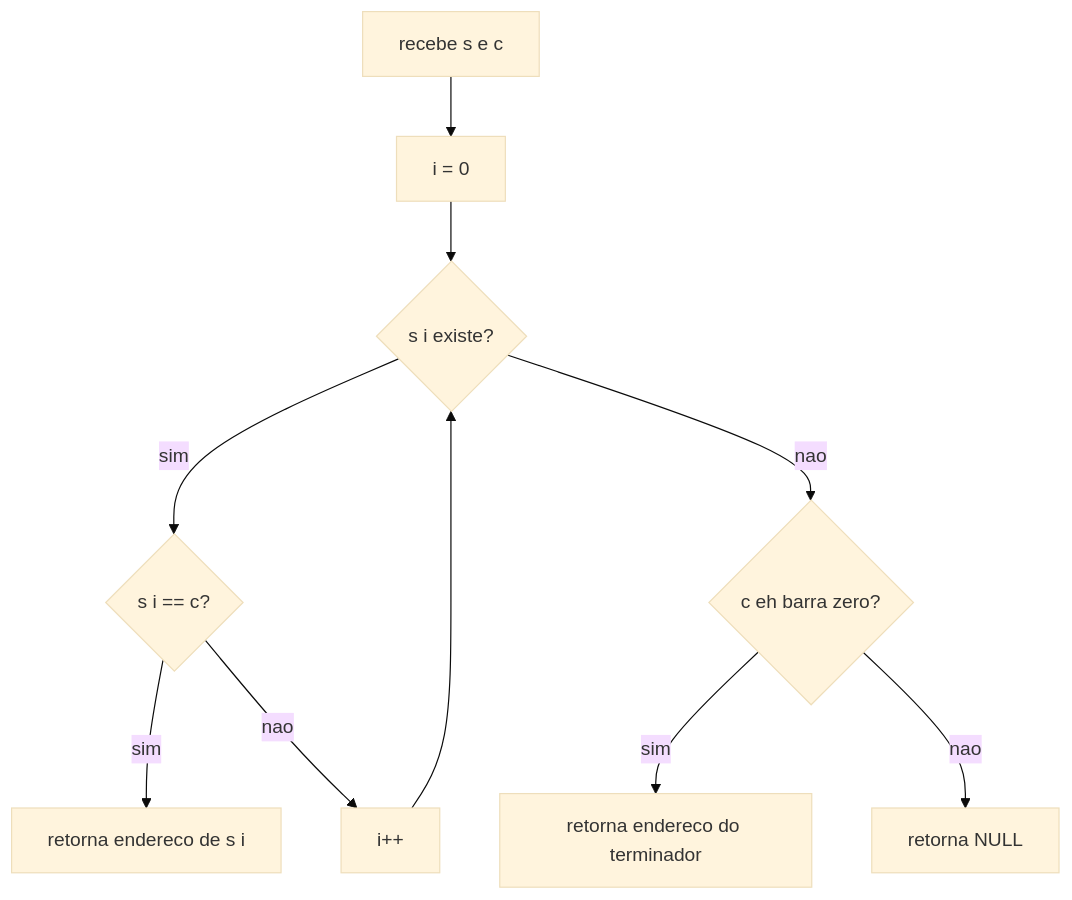
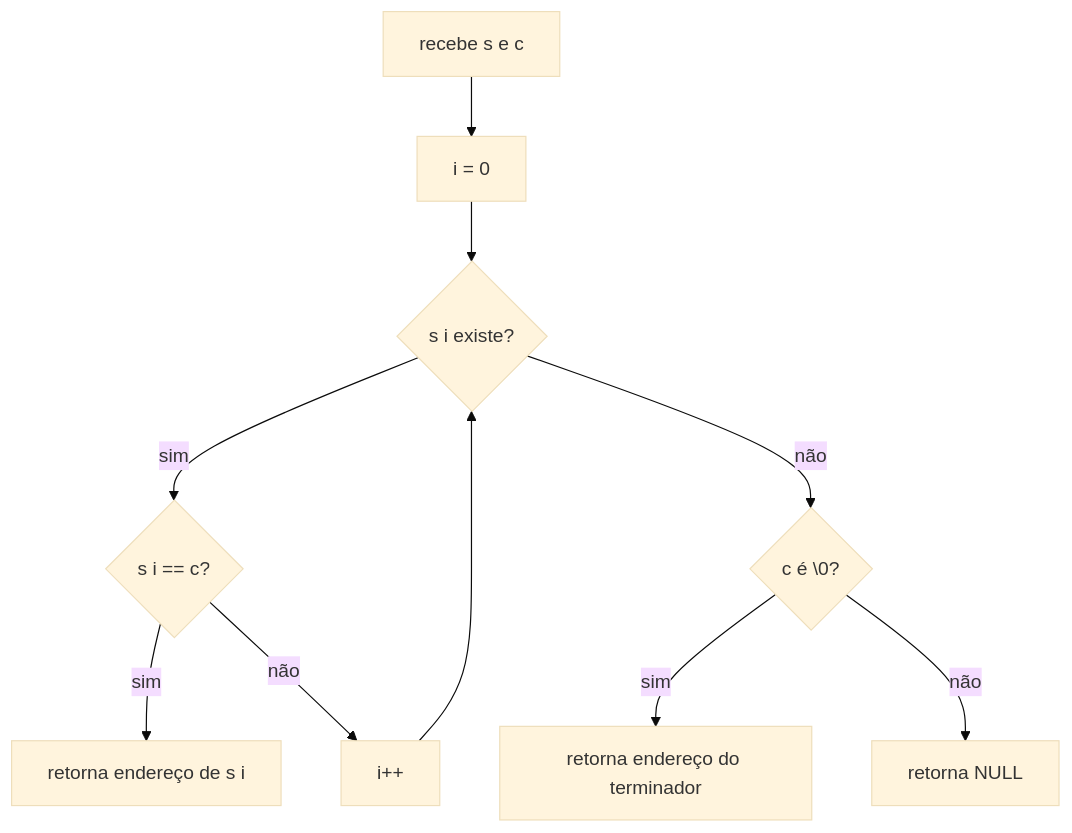
Before and after one commit to ahy-git/docs: diagram 15 of 43 in 1-libft/Readme.md, drawn with Mermaid (base theme). The commit also changed other lines of this file and 1 other file, not shown here.

````diff
--- a/1-libft/Readme.md
+++ b/1-libft/Readme.md
@@ -1405,12 +1337,12 @@
 ```mermaid
 flowchart TD
-	A[recebe s e c] --> B[i = 0]
-	B --> C{s i existe?}
-	C -- sim --> D{s i == c?}
-	D -- sim --> E[retorna endereco de s i]
-	D -- nao --> F[i++]
+	A["recebe s e c"] --> B["i = 0"]
+	B --> C{"s i existe?"}
+	C -- sim --> D{"s i == c?"}
+	D -- sim --> E["retorna endereço de s i"]
+	D -- não --> F["i++"]
 	F --> C
-	C -- nao --> G{c eh barra zero?}
-	G -- sim --> H[retorna endereco do terminador]
-	G -- nao --> I[retorna NULL]
+	C -- não --> G{"c é \0?"}
+	G -- sim --> H["retorna endereço do terminador"]
+	G -- não --> I["retorna NULL"]
 ```
````
